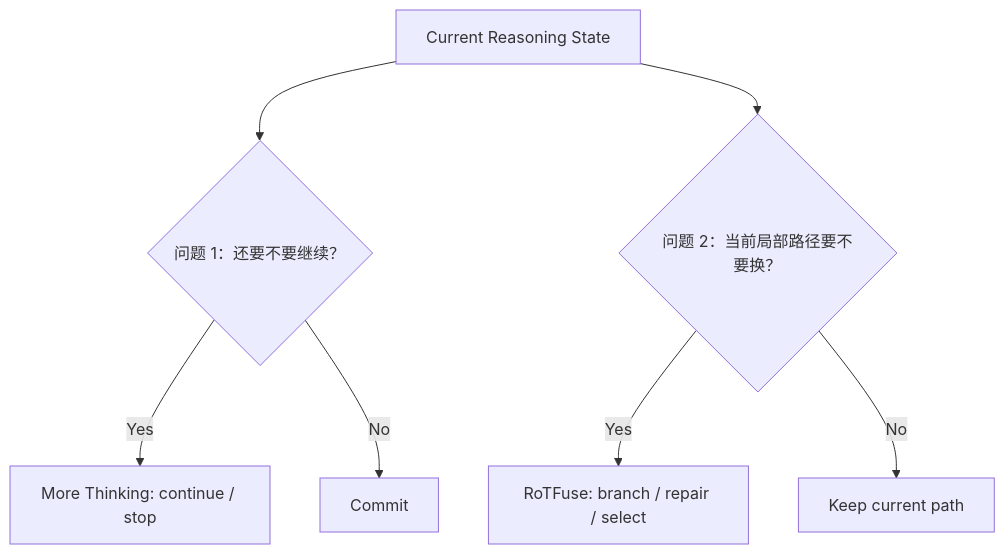
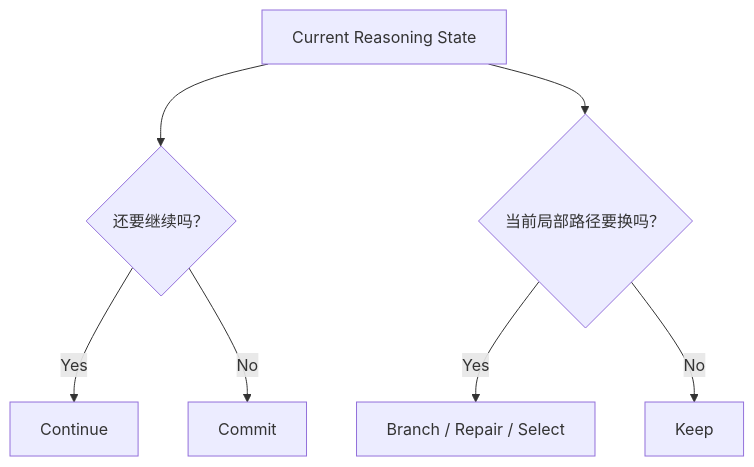
Before and after one commit to JiangHui0203/Homework: the fifth of 6 diagrams in LLM_Agent_Data/04_Reasoning_Data_and_Process_Supervision.md, drawn with Mermaid. The commit also changed other lines of this file, not shown here.

Commit message:
Refine chapter 4 as canonical reasoning-state supervision chapter

````diff
--- a/LLM_Agent_Data/04_Reasoning_Data_and_Process_Supervision.md
+++ b/LLM_Agent_Data/04_Reasoning_Data_and_Process_Supervision.md
@@ -1154,10 +1122,10 @@
 ```mermaid
 flowchart TD
-    S[Current Reasoning State] --> A{问题 1：还要不要继续？}
-    A -->|Yes| MT[More Thinking: continue / stop]
+    S[Current Reasoning State] --> A{还要继续吗？}
+    A -->|Yes| MT[Continue]
     A -->|No| Stop[Commit]
 
-    S --> B{问题 2：当前局部路径要不要换？}
-    B -->|Yes| RF[RoTFuse: branch / repair / select]
-    B -->|No| Keep[Keep current path]
+    S --> B{当前局部路径要换吗？}
+    B -->|Yes| RF[Branch / Repair / Select]
+    B -->|No| Keep[Keep]
 ```
````
